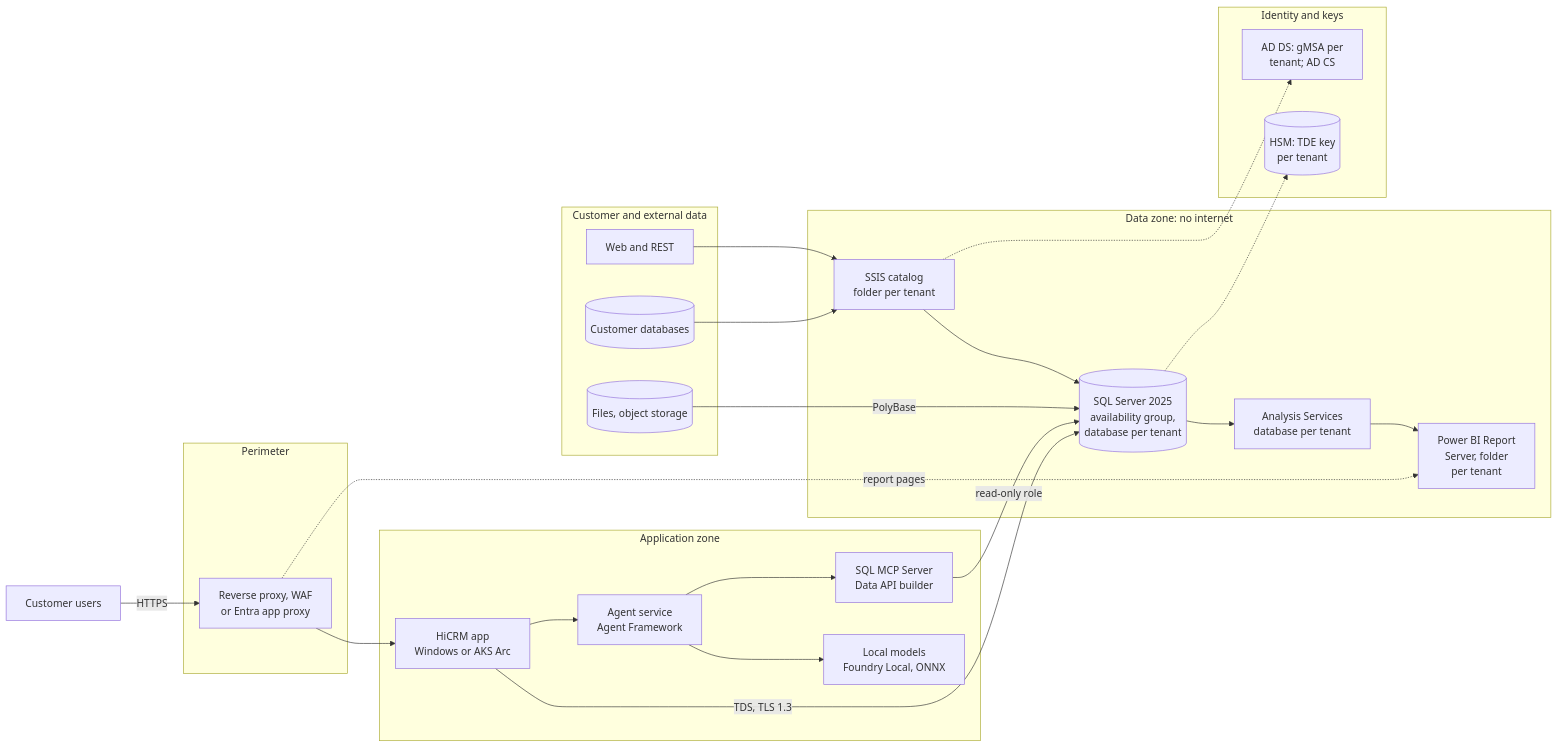
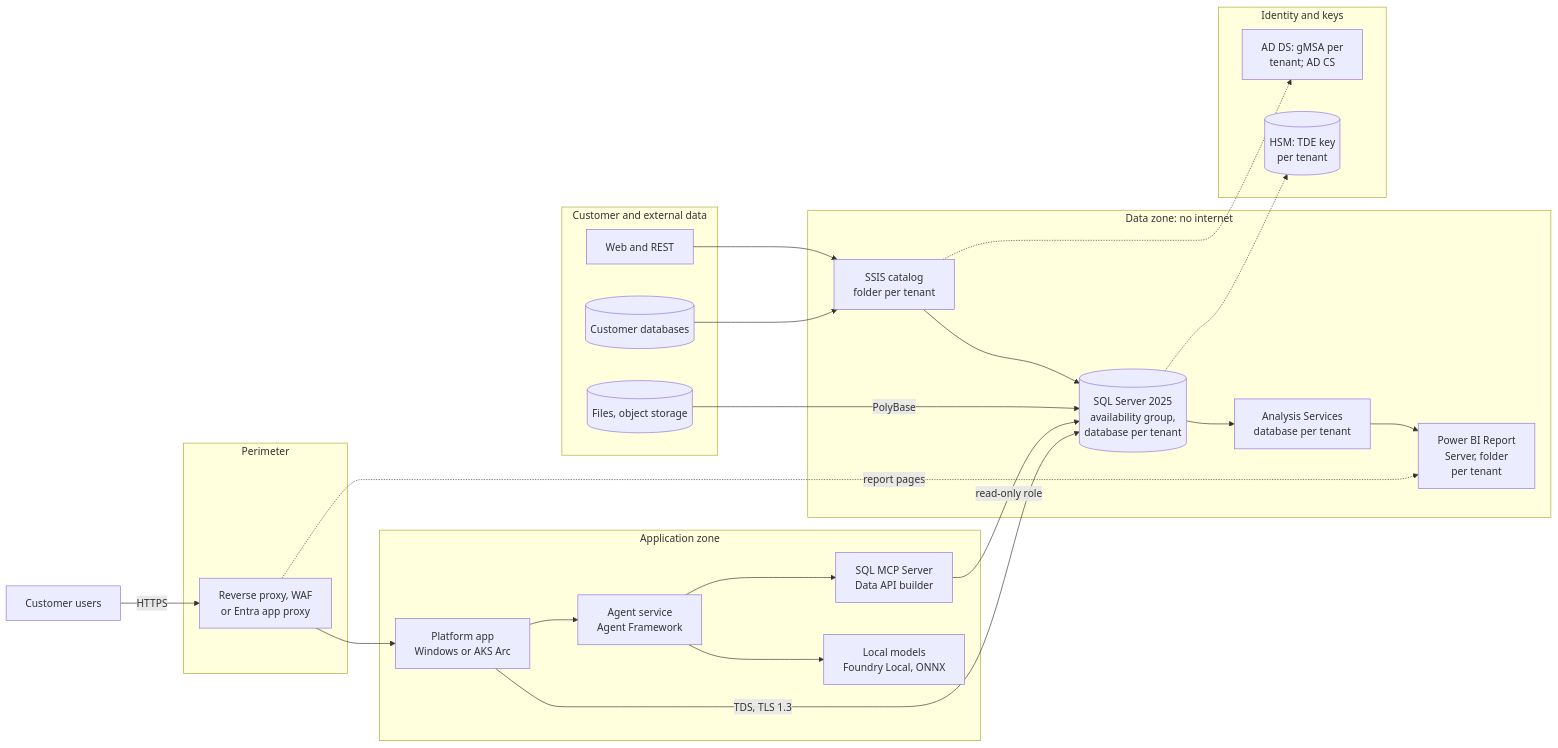
One commit to apkola29/fabric changed the ninth of 11 diagrams in saas-platform/DEPLOYMENT-ARCHITECTURES.md. Above: the diagram before and after it, drawn with Mermaid. The commit also changed other lines of this file and 72 other files, not shown here.

First line of the commit message:
saas-platform: rename HiCRM to the platform app; official Fabric icons

````diff
--- a/saas-platform/DEPLOYMENT-ARCHITECTURES.md
+++ b/saas-platform/DEPLOYMENT-ARCHITECTURES.md
@@ -541,44 +541,44 @@
 ```mermaid
 flowchart LR
   U["Customer users"]
   subgraph DMZ["Perimeter"]
     RP["Reverse proxy, WAF<br/>or Entra app proxy"]
   end
   subgraph APPZ["Application zone"]
-    APP["HiCRM app<br/>Windows or AKS Arc"]
+    APP["Platform app<br/>Windows or AKS Arc"]
     AGT["Agent service<br/>Agent Framework"]
     MCP["SQL MCP Server<br/>Data API builder"]
     LLM["Local models<br/>Foundry Local, ONNX"]
   end
   subgraph DATAZ["Data zone: no internet"]
     SQL[("SQL Server 2025<br/>availability group,<br/>database per tenant")]
     SSIS["SSIS catalog<br/>folder per tenant"]
     SSAS["Analysis Services<br/>database per tenant"]
     PBIRS["Power BI Report<br/>Server, folder<br/>per tenant"]
   end
   subgraph SRC["Customer and external data"]
     CDB[("Customer databases")]
     FS[("Files, object storage")]
     WEB["Web and REST"]
   end
   subgraph IDZ["Identity and keys"]
     AD["AD DS: gMSA per<br/>tenant; AD CS"]
     HSM[("HSM: TDE key<br/>per tenant")]
   end
   U -->|"HTTPS"| RP
   RP --> APP
   RP -.->|"report pages"| PBIRS
   APP -->|"TDS, TLS 1.3"| SQL
   APP --> AGT
   AGT --> MCP
   AGT --> LLM
   MCP -->|"read-only role"| SQL
   CDB --> SSIS
   WEB --> SSIS
   FS -->|"PolyBase"| SQL
   SSIS --> SQL
   SQL --> SSAS
   SSAS --> PBIRS
   SQL -.-> HSM
   SSIS -.-> AD
 ```
````
